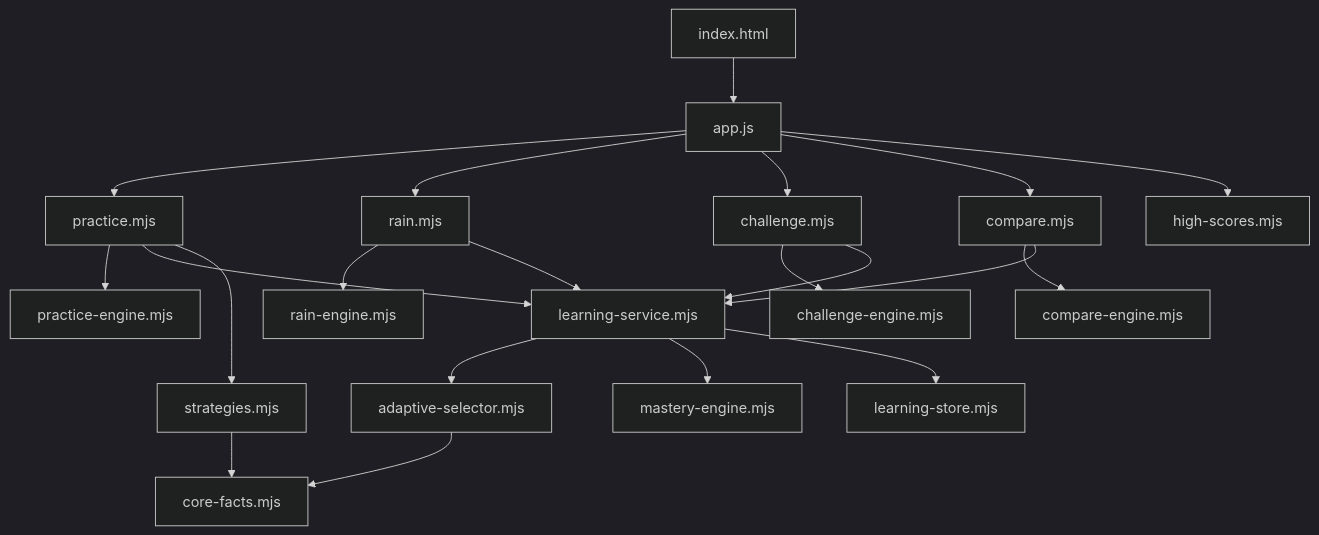
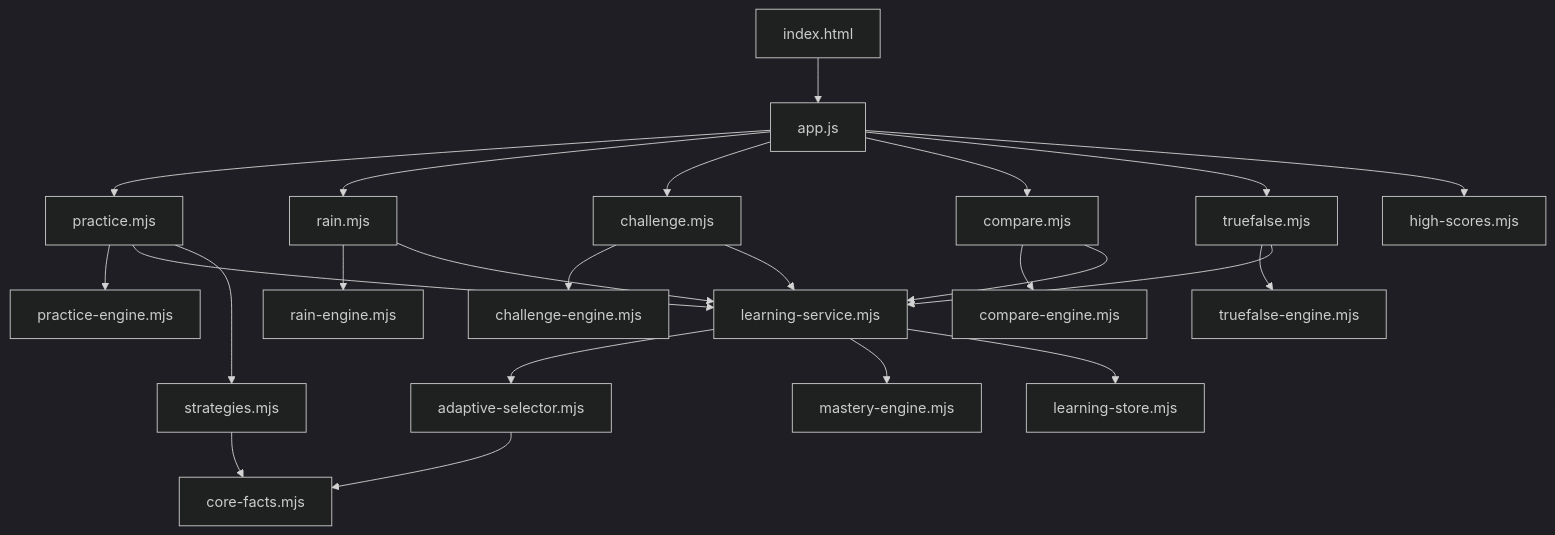
Before and after one commit to kieutv107/dao-toan-vui: the diagram in docs/ENGINE.md, drawn with Mermaid (dark theme). The commit also changed other lines of this file and 10 other files, not shown here.

Commit message:
Add true or false game to the island

````diff
--- a/docs/ENGINE.md
+++ b/docs/ENGINE.md
@@ -7,25 +7,28 @@
 ```mermaid
 flowchart TD
   HTML[index.html] --> Shell[app.js]
   Shell --> Practice[practice.mjs]
   Shell --> Rain[rain.mjs]
   Shell --> Challenge[challenge.mjs]
   Shell --> Compare[compare.mjs]
+  Shell --> TrueFalse[truefalse.mjs]
 
   Practice --> PracticeEngine[practice-engine.mjs]
   Rain --> RainEngine[rain-engine.mjs]
   Challenge --> ChallengeEngine[challenge-engine.mjs]
   Compare --> CompareEngine[compare-engine.mjs]
+  TrueFalse --> TrueFalseEngine[truefalse-engine.mjs]
 
   Practice --> Learning[learning-service.mjs]
   Rain --> Learning
   Challenge --> Learning
   Compare --> Learning
+  TrueFalse --> Learning
   Learning --> Selector[adaptive-selector.mjs]
   Learning --> Mastery[mastery-engine.mjs]
   Learning --> LearningStore[learning-store.mjs]
   Selector --> CoreFacts[core-facts.mjs]
   Practice --> Strategies[strategies.mjs]
   Strategies --> CoreFacts
   Shell --> Scores[high-scores.mjs]
 ```
````
